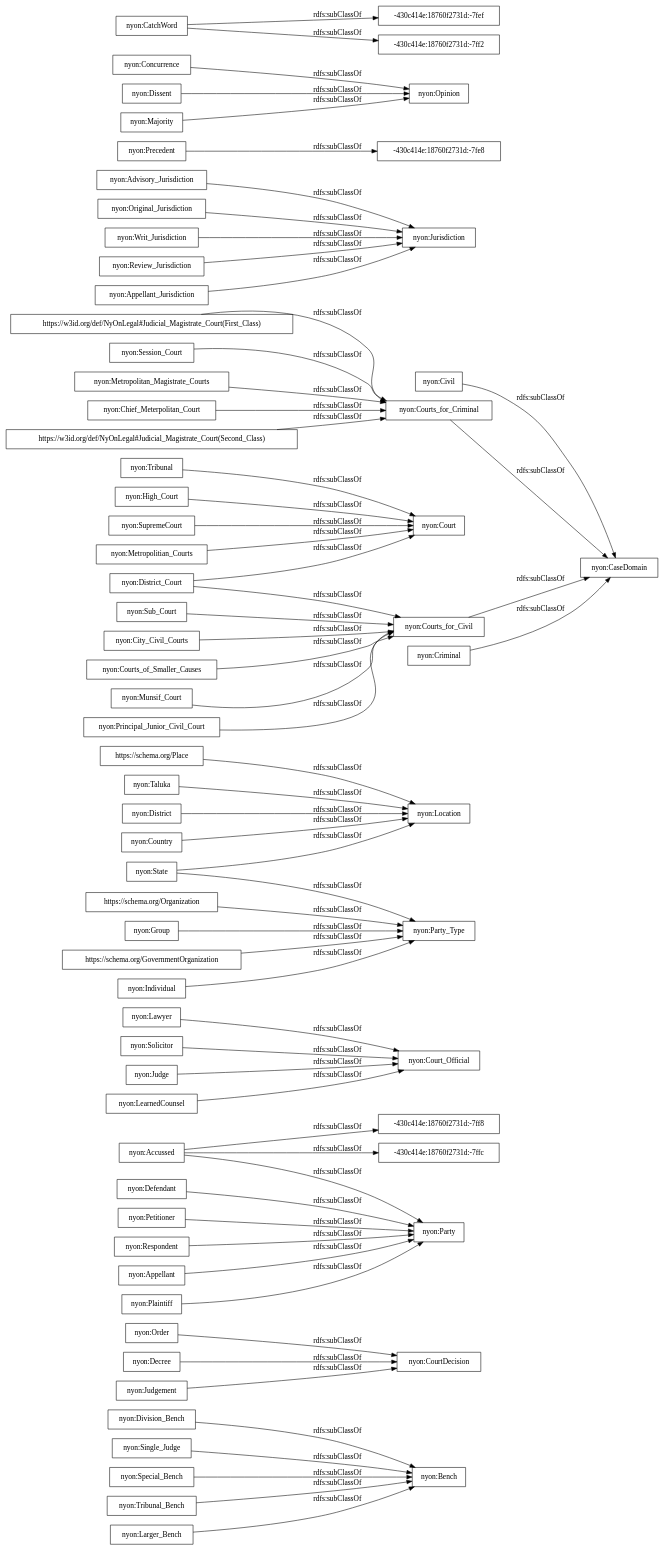
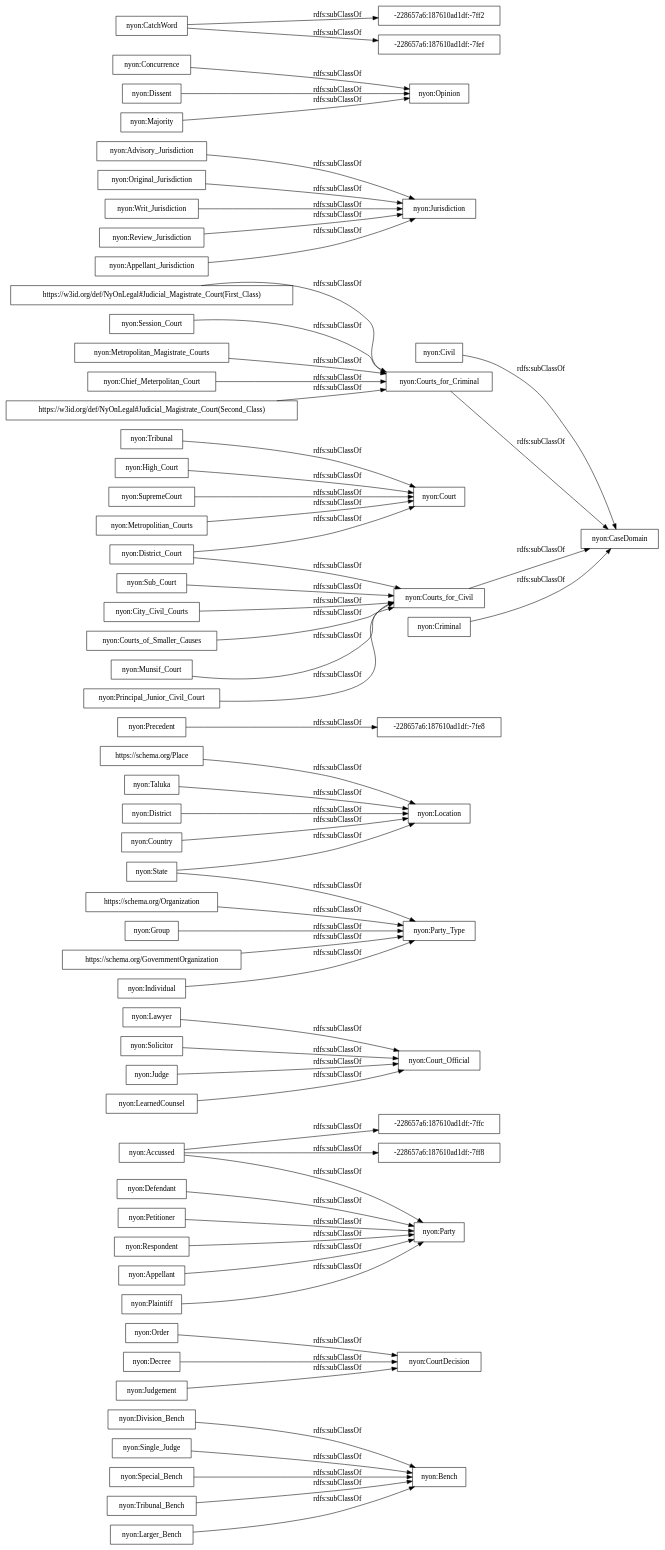
The diagram in OnToology/NyOn.owl/diagrams/ar2dtool-taxonomy/NyOn.owl.png.dot (ahmad88me/NyOn), drawn with Graphviz before and after one commit. The commit also changed 6 other files, not shown here.

```diff
--- a/OnToology/NyOn.owl/diagrams/ar2dtool-taxonomy/NyOn.owl.png.dot
+++ b/OnToology/NyOn.owl/diagrams/ar2dtool-taxonomy/NyOn.owl.png.dot
@@ -1,67 +1,67 @@
 digraph ar2dtool_diagram { 
 rankdir=LR;
 size="1000"
-node [shape = rectangle, color="black"]; "nyon:Division_Bench" "nyon:Order" "nyon:Decree" "nyon:Bench" "nyon:Party" "nyon:Defendant" "nyon:Lawyer" "https://schema.org/Place" "nyon:Accussed" "nyon:Civil" "nyon:Taluka" "nyon:Principal_Junior_Civil_Court" "nyon:Solicitor" "nyon:Advisory_Jurisdiction" "nyon:Single_Judge" "nyon:Session_Court" "nyon:Metropolitan_Magistrate_Courts" "nyon:District_Court" "nyon:Chief_Meterpolitan_Court" "nyon:Original_Jurisdiction" "nyon:Court_Official" "nyon:Precedent" "nyon:Court" "nyon:High_Court" "https://w3id.org/def/NyOnLegal#Judicial_Magistrate_Court(Second_Class)" "nyon:State" "nyon:Concurrence" "nyon:Courts_for_Criminal" "nyon:Courts_for_Civil" "nyon:Writ_Jurisdiction" "nyon:Location" "nyon:District" "nyon:Review_Jurisdiction" "nyon:City_Civil_Courts" "nyon:Appellant_Jurisdiction" "nyon:SupremeCourt" "nyon:Special_Bench" "nyon:Individual" "-430c414e:18760f2731d:-7ffc" "nyon:Opinion" "nyon:Judge" "nyon:Courts_of_Smaller_Causes" "nyon:Judgement" "nyon:LearnedCounsel" "nyon:Tribunal_Bench" "nyon:Jurisdiction" "-430c414e:18760f2731d:-7fef" "https://schema.org/Organization" "nyon:Metropolitian_Courts" "nyon:Criminal" "nyon:Group" "nyon:Appellant" "nyon:Munsif_Court" "nyon:CatchWord" "-430c414e:18760f2731d:-7ff2" "nyon:Dissent" "nyon:Party_Type" "nyon:Plaintiff" "nyon:Country" "nyon:CourtDecision" "nyon:Tribunal" "nyon:Majority" "nyon:Petitioner" "-430c414e:18760f2731d:-7fe8" "-430c414e:18760f2731d:-7ff8" "nyon:CaseDomain" "nyon:Sub_Court" "https://schema.org/GovernmentOrganization" "nyon:Larger_Bench" "https://w3id.org/def/NyOnLegal#Judicial_Magistrate_Court(First_Class)" "nyon:Respondent" ; /*classes style*/
+node [shape = rectangle, color="black"]; "nyon:Division_Bench" "nyon:Order" "nyon:Decree" "nyon:Bench" "nyon:Party" "nyon:Defendant" "nyon:Lawyer" "https://schema.org/Place" "nyon:Accussed" "-228657a6:187610ad1df:-7fe8" "nyon:Civil" "nyon:Taluka" "nyon:Principal_Junior_Civil_Court" "nyon:Solicitor" "nyon:Advisory_Jurisdiction" "nyon:Single_Judge" "nyon:Session_Court" "nyon:Metropolitan_Magistrate_Courts" "nyon:District_Court" "nyon:Chief_Meterpolitan_Court" "nyon:Original_Jurisdiction" "nyon:Court_Official" "nyon:Precedent" "nyon:Court" "nyon:High_Court" "https://w3id.org/def/NyOnLegal#Judicial_Magistrate_Court(Second_Class)" "nyon:State" "nyon:Concurrence" "nyon:Courts_for_Criminal" "nyon:Courts_for_Civil" "nyon:Writ_Jurisdiction" "nyon:Location" "nyon:District" "nyon:Review_Jurisdiction" "nyon:City_Civil_Courts" "nyon:Appellant_Jurisdiction" "nyon:SupremeCourt" "nyon:Special_Bench" "nyon:Individual" "-228657a6:187610ad1df:-7ff2" "nyon:Opinion" "nyon:Judge" "nyon:Courts_of_Smaller_Causes" "nyon:Judgement" "nyon:LearnedCounsel" "nyon:Tribunal_Bench" "nyon:Jurisdiction" "-228657a6:187610ad1df:-7ff8" "https://schema.org/Organization" "nyon:Metropolitian_Courts" "nyon:Criminal" "nyon:Group" "nyon:Appellant" "nyon:Munsif_Court" "nyon:CatchWord" "nyon:Dissent" "nyon:Party_Type" "nyon:Plaintiff" "nyon:Country" "nyon:CourtDecision" "nyon:Tribunal" "nyon:Majority" "nyon:Petitioner" "-228657a6:187610ad1df:-7fef" "nyon:CaseDomain" "nyon:Sub_Court" "https://schema.org/GovernmentOrganization" "nyon:Larger_Bench" "https://w3id.org/def/NyOnLegal#Judicial_Magistrate_Court(First_Class)" "nyon:Respondent" "-228657a6:187610ad1df:-7ffc" ; /*classes style*/
 	"nyon:Writ_Jurisdiction" -> "nyon:Jurisdiction" [ label = "rdfs:subClassOf" ];
 	"nyon:Special_Bench" -> "nyon:Bench" [ label = "rdfs:subClassOf" ];
 	"https://schema.org/Place" -> "nyon:Location" [ label = "rdfs:subClassOf" ];
 	"nyon:Judge" -> "nyon:Court_Official" [ label = "rdfs:subClassOf" ];
 	"nyon:Petitioner" -> "nyon:Party" [ label = "rdfs:subClassOf" ];
 	"https://schema.org/GovernmentOrganization" -> "nyon:Party_Type" [ label = "rdfs:subClassOf" ];
 	"nyon:Original_Jurisdiction" -> "nyon:Jurisdiction" [ label = "rdfs:subClassOf" ];
 	"nyon:Appellant" -> "nyon:Party" [ label = "rdfs:subClassOf" ];
 	"nyon:Order" -> "nyon:CourtDecision" [ label = "rdfs:subClassOf" ];
 	"nyon:Review_Jurisdiction" -> "nyon:Jurisdiction" [ label = "rdfs:subClassOf" ];
 	"https://schema.org/Organization" -> "nyon:Party_Type" [ label = "rdfs:subClassOf" ];
 	"nyon:District_Court" -> "nyon:Courts_for_Civil" [ label = "rdfs:subClassOf" ];
 	"nyon:District_Court" -> "nyon:Court" [ label = "rdfs:subClassOf" ];
 	"nyon:Metropolitian_Courts" -> "nyon:Court" [ label = "rdfs:subClassOf" ];
 	"nyon:Munsif_Court" -> "nyon:Courts_for_Civil" [ label = "rdfs:subClassOf" ];
 	"nyon:Respondent" -> "nyon:Party" [ label = "rdfs:subClassOf" ];
 	"nyon:Chief_Meterpolitan_Court" -> "nyon:Courts_for_Criminal" [ label = "rdfs:subClassOf" ];
 	"nyon:Session_Court" -> "nyon:Courts_for_Criminal" [ label = "rdfs:subClassOf" ];
 	"nyon:Majority" -> "nyon:Opinion" [ label = "rdfs:subClassOf" ];
 	"nyon:LearnedCounsel" -> "nyon:Court_Official" [ label = "rdfs:subClassOf" ];
 	"nyon:SupremeCourt" -> "nyon:Court" [ label = "rdfs:subClassOf" ];
 	"nyon:Larger_Bench" -> "nyon:Bench" [ label = "rdfs:subClassOf" ];
 	"nyon:Single_Judge" -> "nyon:Bench" [ label = "rdfs:subClassOf" ];
 	"nyon:Dissent" -> "nyon:Opinion" [ label = "rdfs:subClassOf" ];
 	"nyon:City_Civil_Courts" -> "nyon:Courts_for_Civil" [ label = "rdfs:subClassOf" ];
 	"nyon:District" -> "nyon:Location" [ label = "rdfs:subClassOf" ];
 	"nyon:Decree" -> "nyon:CourtDecision" [ label = "rdfs:subClassOf" ];
 	"nyon:High_Court" -> "nyon:Court" [ label = "rdfs:subClassOf" ];
 	"nyon:Courts_for_Civil" -> "nyon:CaseDomain" [ label = "rdfs:subClassOf" ];
 	"nyon:Sub_Court" -> "nyon:Courts_for_Civil" [ label = "rdfs:subClassOf" ];
 	"nyon:Civil" -> "nyon:CaseDomain" [ label = "rdfs:subClassOf" ];
 	"nyon:Plaintiff" -> "nyon:Party" [ label = "rdfs:subClassOf" ];
 	"nyon:State" -> "nyon:Party_Type" [ label = "rdfs:subClassOf" ];
 	"nyon:State" -> "nyon:Location" [ label = "rdfs:subClassOf" ];
 	"nyon:Criminal" -> "nyon:CaseDomain" [ label = "rdfs:subClassOf" ];
 	"nyon:Principal_Junior_Civil_Court" -> "nyon:Courts_for_Civil" [ label = "rdfs:subClassOf" ];
 	"nyon:Tribunal" -> "nyon:Court" [ label = "rdfs:subClassOf" ];
 	"https://w3id.org/def/NyOnLegal#Judicial_Magistrate_Court(Second_Class)" -> "nyon:Courts_for_Criminal" [ label = "rdfs:subClassOf" ];
 	"nyon:Courts_for_Criminal" -> "nyon:CaseDomain" [ label = "rdfs:subClassOf" ];
-	"nyon:Precedent" -> "-430c414e:18760f2731d:-7fe8" [ label = "rdfs:subClassOf" ];
+	"nyon:Precedent" -> "-228657a6:187610ad1df:-7fe8" [ label = "rdfs:subClassOf" ];
 	"nyon:Concurrence" -> "nyon:Opinion" [ label = "rdfs:subClassOf" ];
-	"nyon:CatchWord" -> "-430c414e:18760f2731d:-7fef" [ label = "rdfs:subClassOf" ];
-	"nyon:CatchWord" -> "-430c414e:18760f2731d:-7ff2" [ label = "rdfs:subClassOf" ];
+	"nyon:CatchWord" -> "-228657a6:187610ad1df:-7fef" [ label = "rdfs:subClassOf" ];
+	"nyon:CatchWord" -> "-228657a6:187610ad1df:-7ff2" [ label = "rdfs:subClassOf" ];
 	"nyon:Solicitor" -> "nyon:Court_Official" [ label = "rdfs:subClassOf" ];
 	"nyon:Courts_of_Smaller_Causes" -> "nyon:Courts_for_Civil" [ label = "rdfs:subClassOf" ];
 	"nyon:Defendant" -> "nyon:Party" [ label = "rdfs:subClassOf" ];
-	"nyon:Accussed" -> "-430c414e:18760f2731d:-7ff8" [ label = "rdfs:subClassOf" ];
-	"nyon:Accussed" -> "-430c414e:18760f2731d:-7ffc" [ label = "rdfs:subClassOf" ];
+	"nyon:Accussed" -> "-228657a6:187610ad1df:-7ff8" [ label = "rdfs:subClassOf" ];
+	"nyon:Accussed" -> "-228657a6:187610ad1df:-7ffc" [ label = "rdfs:subClassOf" ];
 	"nyon:Accussed" -> "nyon:Party" [ label = "rdfs:subClassOf" ];
 	"nyon:Group" -> "nyon:Party_Type" [ label = "rdfs:subClassOf" ];
 	"nyon:Country" -> "nyon:Location" [ label = "rdfs:subClassOf" ];
 	"nyon:Tribunal_Bench" -> "nyon:Bench" [ label = "rdfs:subClassOf" ];
 	"nyon:Lawyer" -> "nyon:Court_Official" [ label = "rdfs:subClassOf" ];
 	"nyon:Taluka" -> "nyon:Location" [ label = "rdfs:subClassOf" ];
 	"nyon:Judgement" -> "nyon:CourtDecision" [ label = "rdfs:subClassOf" ];
 	"nyon:Division_Bench" -> "nyon:Bench" [ label = "rdfs:subClassOf" ];
 	"nyon:Advisory_Jurisdiction" -> "nyon:Jurisdiction" [ label = "rdfs:subClassOf" ];
 	"nyon:Metropolitan_Magistrate_Courts" -> "nyon:Courts_for_Criminal" [ label = "rdfs:subClassOf" ];
 	"nyon:Appellant_Jurisdiction" -> "nyon:Jurisdiction" [ label = "rdfs:subClassOf" ];
 	"nyon:Individual" -> "nyon:Party_Type" [ label = "rdfs:subClassOf" ];
 	"https://w3id.org/def/NyOnLegal#Judicial_Magistrate_Court(First_Class)" -> "nyon:Courts_for_Criminal" [ label = "rdfs:subClassOf" ];
 
 }
```
